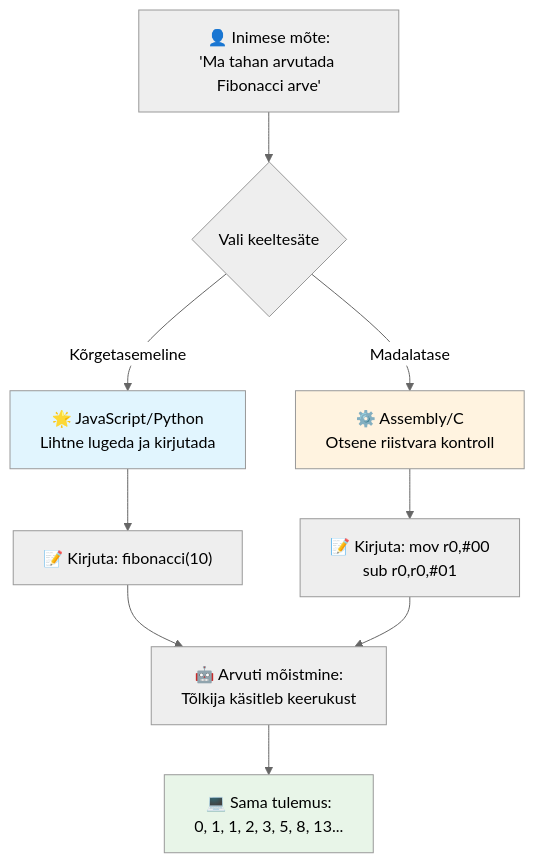
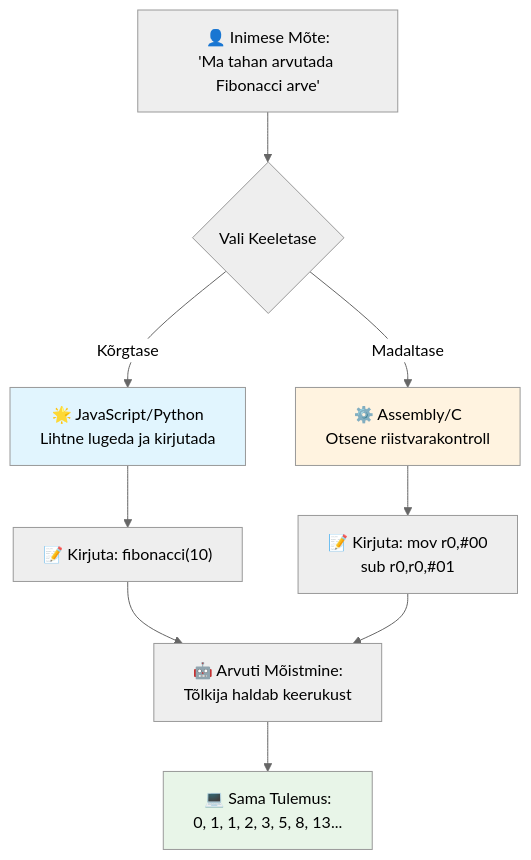
Before and after one commit to microsoft/Web-Dev-For-Beginners: the third of 7 diagrams in translations/et/1-getting-started-lessons/1-intro-to-programming-languages/README.md, drawn with Mermaid (neutral theme). The commit also changed other lines of this file and 8 other files, not shown here.

````diff
--- a/translations/et/1-getting-started-lessons/1-intro-to-programming-languages/README.md
+++ b/translations/et/1-getting-started-lessons/1-intro-to-programming-languages/README.md
@@ -148,19 +148,19 @@
 ```mermaid
 flowchart TB
-    A["👤 Inimese mõte:<br/>'Ma tahan arvutada Fibonacci arve'"] --> B{Vali keeltesäte}
+    A["👤 Inimese Mõte:<br/>'Ma tahan arvutada Fibonacci arve'"] --> B{Vali Keeletase}
     
-    B -->|Kõrgetasemeline| C["🌟 JavaScript/Python<br/>Lihtne lugeda ja kirjutada"]
-    B -->|Madalatase| D["⚙️ Assembly/C<br/>Otsene riistvara kontroll"]
+    B -->|Kõrgtase| C["🌟 JavaScript/Python<br/>Lihtne lugeda ja kirjutada"]
+    B -->|Madaltase| D["⚙️ Assembly/C<br/>Otsene riistvarakontroll"]
     
     C --> E["📝 Kirjuta: fibonacci(10)"]
     D --> F["📝 Kirjuta: mov r0,#00<br/>sub r0,r0,#01"]
     
-    E --> G["🤖 Arvuti mõistmine:<br/>Tõlkija käsitleb keerukust"]
+    E --> G["🤖 Arvuti Mõistmine:<br/>Tõlkija haldab keerukust"]
     F --> G
     
-    G --> H["💻 Sama tulemus:<br/>0, 1, 1, 2, 3, 5, 8, 13..."]
+    G --> H["💻 Sama Tulemus:<br/>0, 1, 1, 2, 3, 5, 8, 13..."]
     
     style C fill:#e1f5fe
     style D fill:#fff3e0
     style H fill:#e8f5e8
 ```
````
